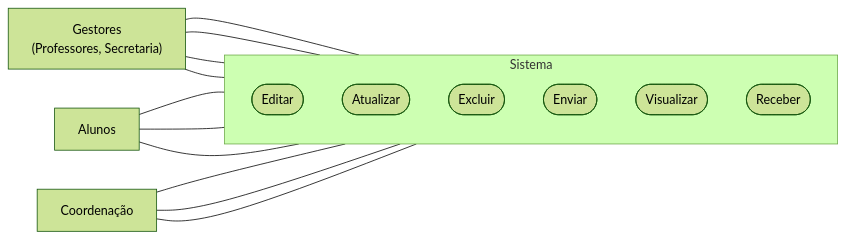
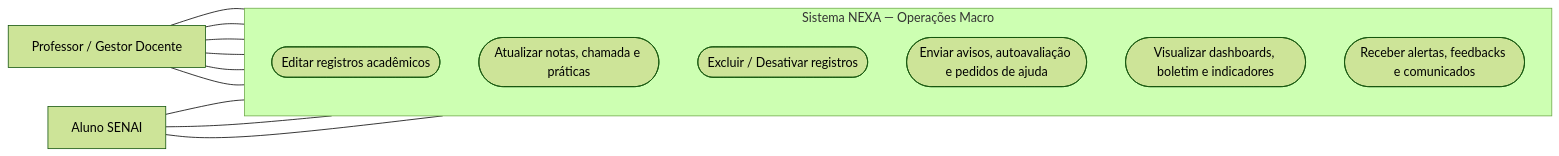
Before and after one commit to AlmanDMD/NEXA: the first of 2 diagrams in Diagrama_caso_de_uso/diagrama-caso-de-uso.md, drawn with Mermaid (forest theme). The commit also changed other lines of this file and 1 other file, not shown here.

Commit message:
docs(diagrama): detalha casos de uso UC-01 a UC-15 e remove arquivo vazio

````diff
--- a/Diagrama_caso_de_uso/diagrama-caso-de-uso.md
+++ b/Diagrama_caso_de_uso/diagrama-caso-de-uso.md
@@ -13,29 +22,26 @@
 ```mermaid
 flowchart LR
-    G["Gestores<br/>(Professores, Secretaria)"]
-    A["Alunos"]
-    C["Coordenação"]
+    G["Professor / Gestor Docente"]
+    A["Aluno SENAI"]
 
-    subgraph S["Sistema"]
+    subgraph S["Sistema NEXA — Operações Macro"]
         direction TB
-        UC1([Editar])
-        UC2([Atualizar])
-        UC3([Excluir])
-        UC4([Enviar])
-        UC5([Visualizar])
-        UC6([Receber])
+        UC1(["Editar registros acadêmicos"])
+        UC2(["Atualizar notas, chamada e práticas"])
+        UC3(["Excluir / Desativar registros"])
+        UC4(["Enviar avisos, autoavaliação e pedidos de ajuda"])
+        UC5(["Visualizar dashboards, boletim e indicadores"])
+        UC6(["Receber alertas, feedbacks e comunicados"])
     end
 
     G --- UC1
     G --- UC2
     G --- UC3
     G --- UC4
+    G --- UC5
+    G --- UC6
 
     A --- UC4
     A --- UC5
     A --- UC6
-
-    C --- UC4
-    C --- UC5
-    C --- UC6
 ```
````
